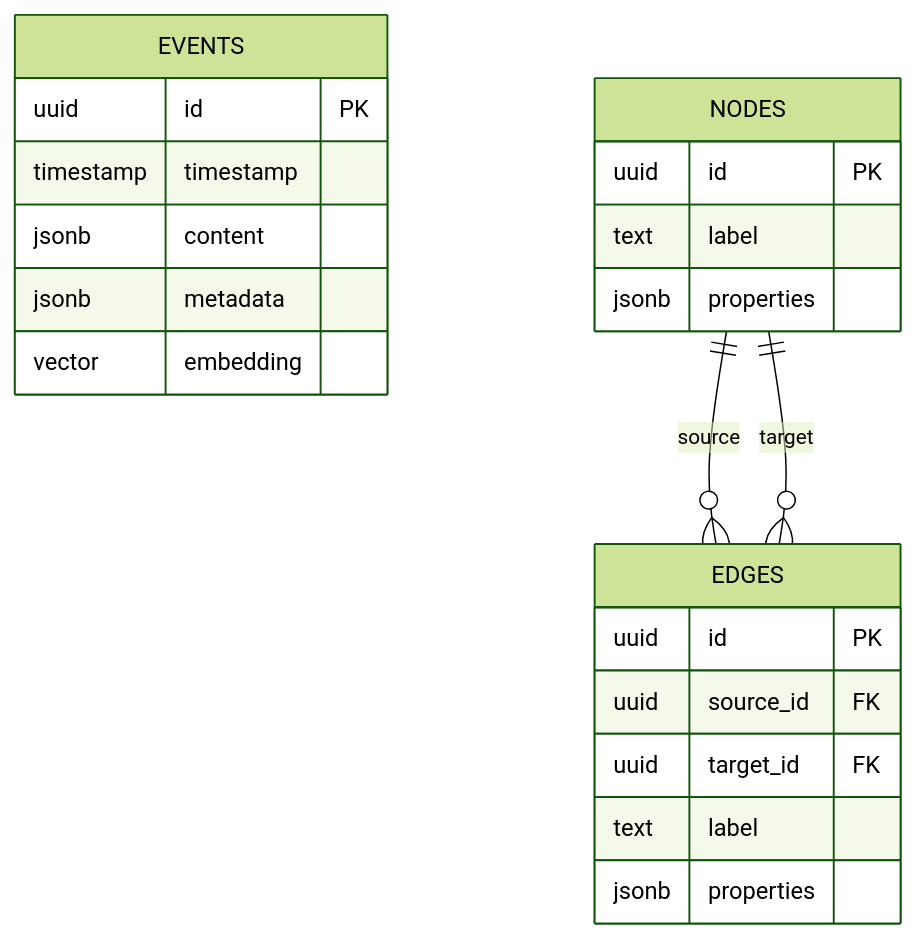
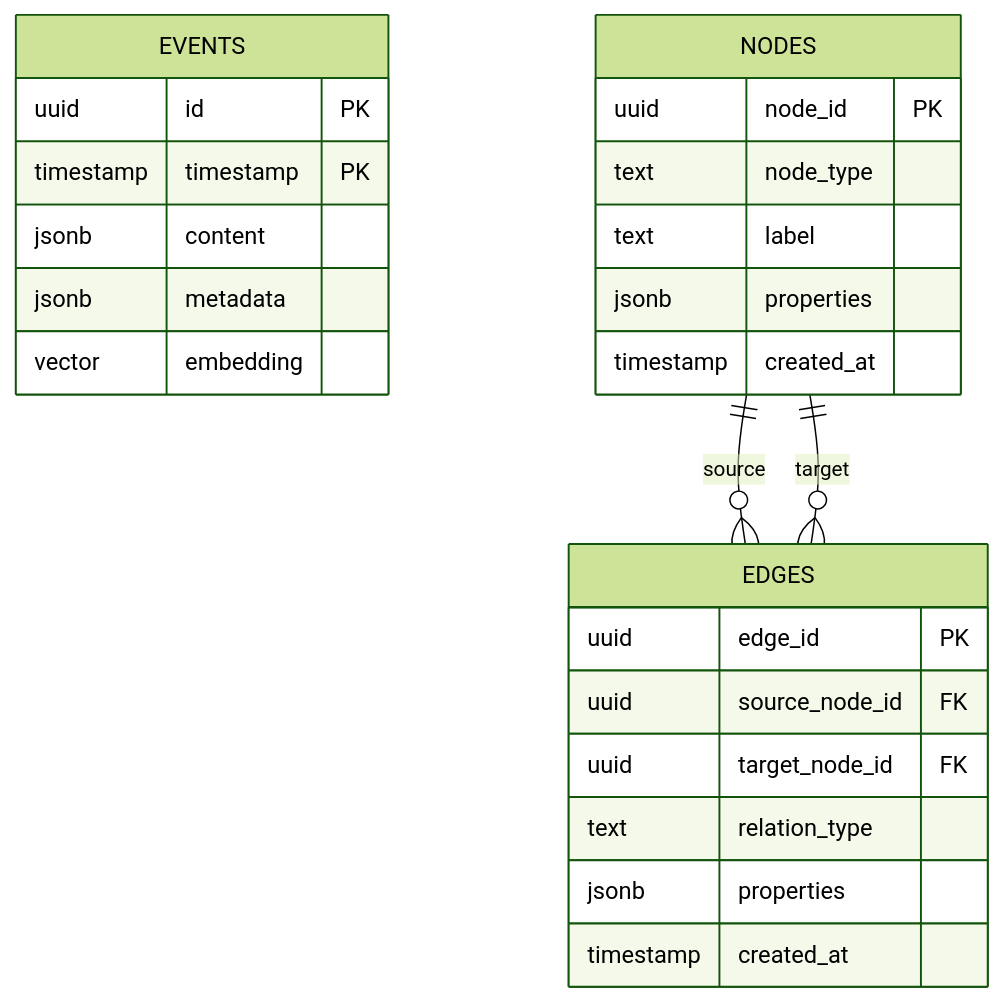
Before and after one commit to giak/mnemo-lite: the eighth of 8 diagrams in docs/architecture_diagrams.md, drawn with Mermaid (forest theme). The commit also changed other lines of this file and 69 other files, not shown here.

````diff
--- a/docs/architecture_diagrams.md
+++ b/docs/architecture_diagrams.md
@@ -293,27 +277,30 @@
 ```mermaid
 erDiagram
     EVENTS {
         uuid id PK
-        timestamp timestamp
+        timestamp timestamp PK
         jsonb content
         jsonb metadata
         vector embedding
     }
     
     NODES {
-        uuid id PK
+        uuid node_id PK
+        text node_type
         text label
         jsonb properties
+        timestamp created_at
     }
     
     EDGES {
-        uuid id PK
-        uuid source_id FK
-        uuid target_id FK
-        text label
+        uuid edge_id PK
+        uuid source_node_id FK
+        uuid target_node_id FK
+        text relation_type
         jsonb properties
+        timestamp created_at
     }
     
     NODES ||--o{ EDGES : "source"
     NODES ||--o{ EDGES : "target"
 ``` 
````
